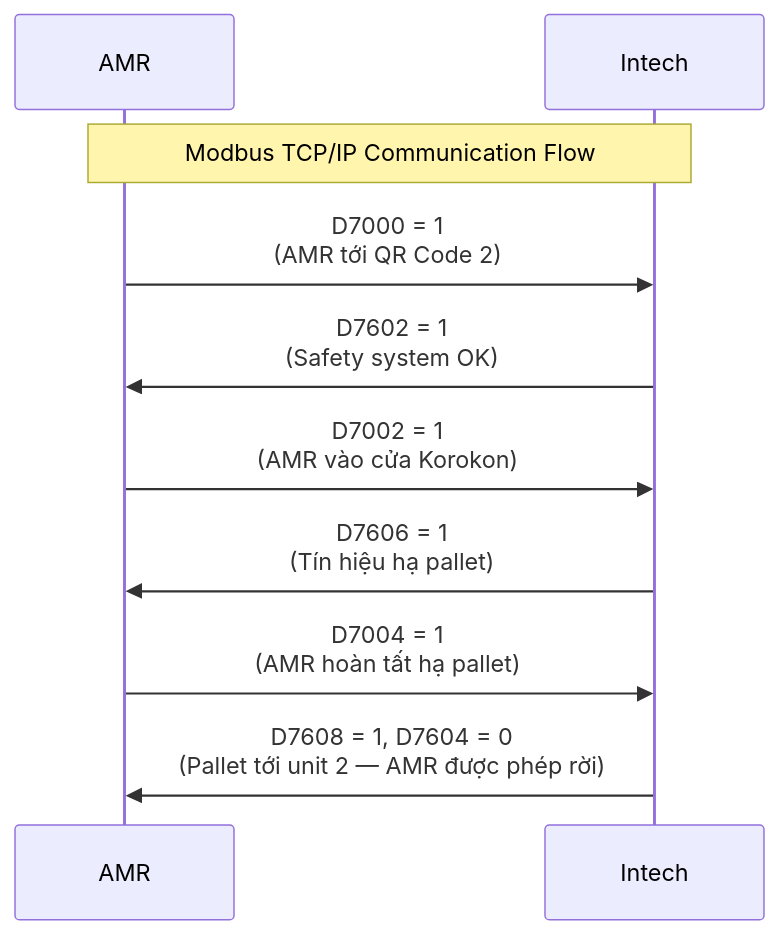
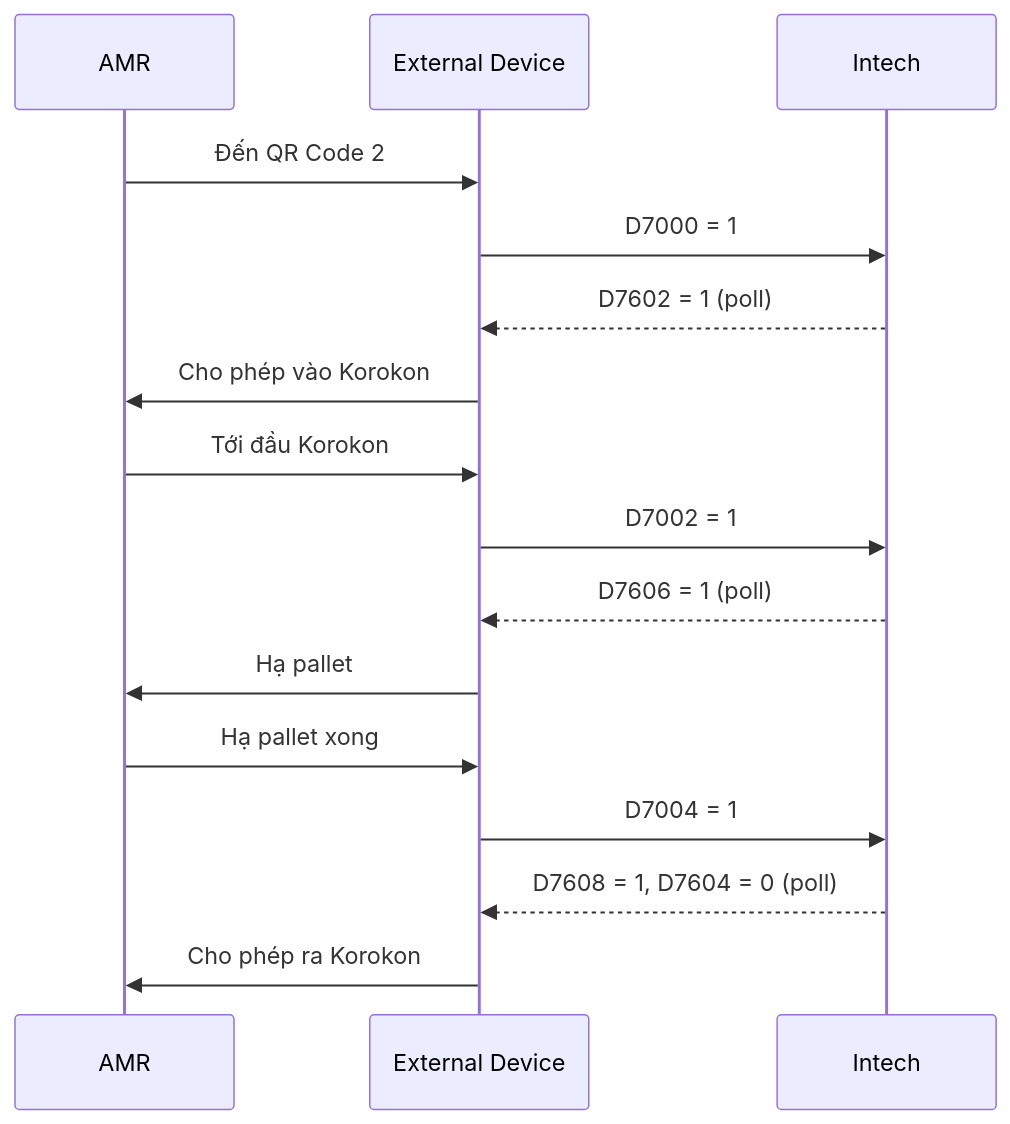
One commit to MinhLong-123/DensoPLCFlow changed the third of 3 diagrams in AMR_Intech_Modbus_Sequence.md. Above: the diagram before and after it, drawn with Mermaid. The commit also changed other lines of this file, not shown here.

Commit message:
Add AMR Intech Modbus sequence document

````diff
--- a/AMR_Intech_Modbus_Sequence.md
+++ b/AMR_Intech_Modbus_Sequence.md
@@ -75,14 +129,24 @@
 ```mermaid
 sequenceDiagram
     participant AMR as AMR
+    participant ExtDev as External Device
     participant Intech as Intech
 
-    Note over AMR,Intech: Modbus TCP/IP Communication Flow
+    AMR->>ExtDev: Đến QR Code 2
+    ExtDev->>Intech: D7000 = 1
 
-    AMR->>Intech: D7000 = 1<br/>(AMR tới QR Code 2)
-    Intech->>AMR: D7602 = 1<br/>(Safety system OK)
-    AMR->>Intech: D7002 = 1<br/>(AMR vào cửa Korokon)
-    Intech->>AMR: D7606 = 1<br/>(Tín hiệu hạ pallet)
-    AMR->>Intech: D7004 = 1<br/>(AMR hoàn tất hạ pallet)
-    Intech->>AMR: D7608 = 1, D7604 = 0<br/>(Pallet tới unit 2 — AMR được phép rời)
+    Intech-->>ExtDev: D7602 = 1 (poll)
+    ExtDev->>AMR: Cho phép vào Korokon
+
+    AMR->>ExtDev: Tới đầu Korokon
+    ExtDev->>Intech: D7002 = 1
+
+    Intech-->>ExtDev: D7606 = 1 (poll)
+    ExtDev->>AMR: Hạ pallet
+
+    AMR->>ExtDev: Hạ pallet xong
+    ExtDev->>Intech: D7004 = 1
+
+    Intech-->>ExtDev: D7608 = 1, D7604 = 0 (poll)
+    ExtDev->>AMR: Cho phép ra Korokon
 ```
````
